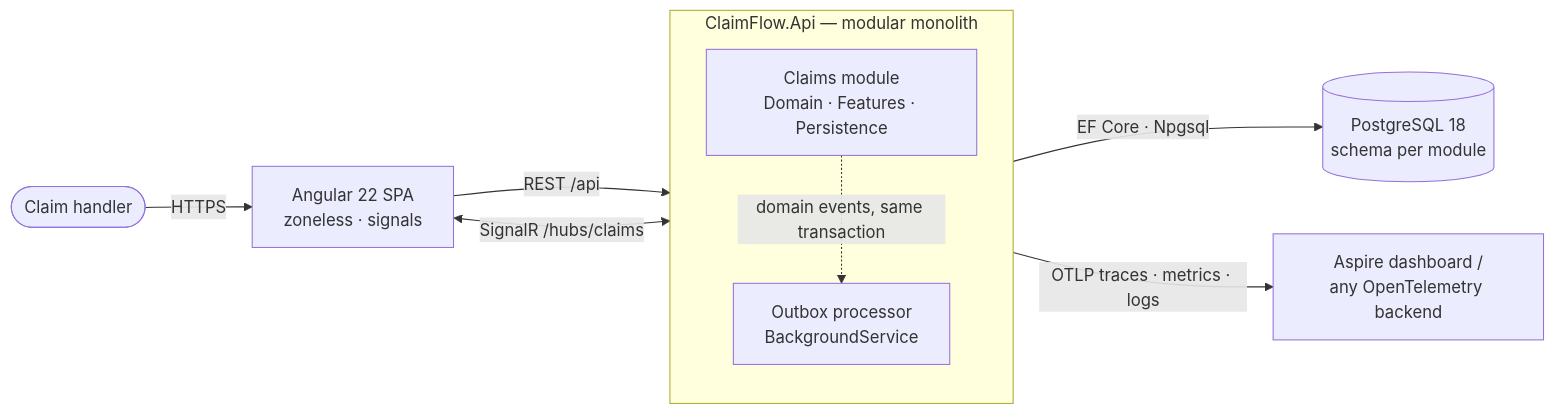
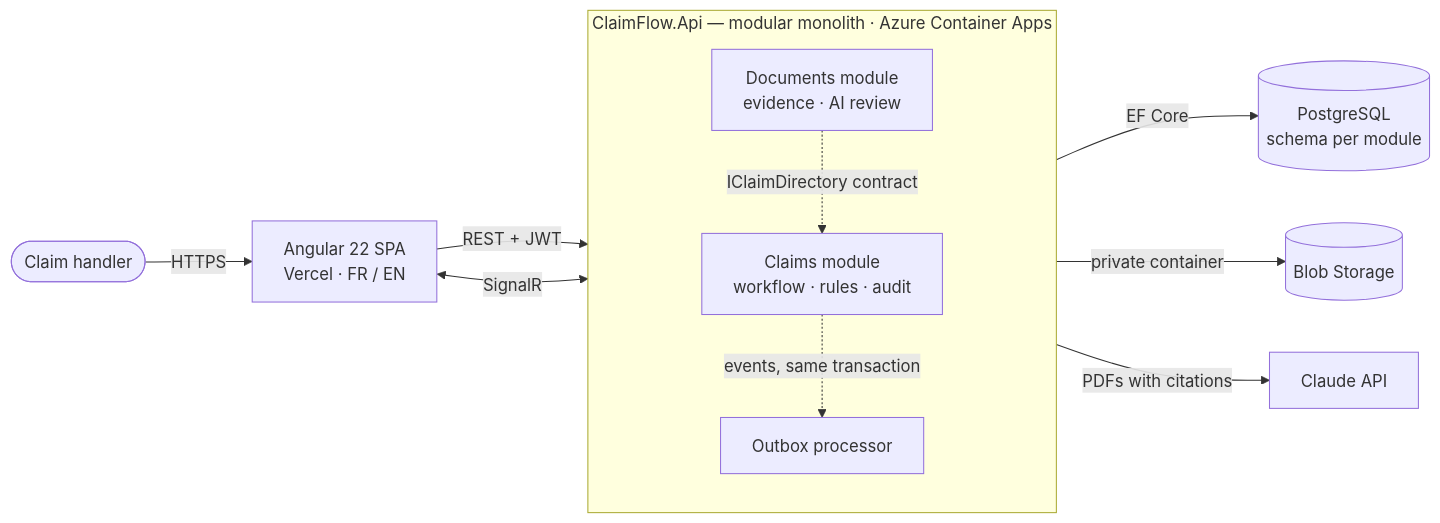
The first of 2 diagrams in README.md (JASSBR/claimflow), drawn with Mermaid before and after one commit. The commit also changed other lines of this file and 9 other files, not shown here.

First line of the commit message:
feat(deploy): deploy to Azure Container Apps and Vercel with CORS

````diff
--- a/README.md
+++ b/README.md
@@ -26,14 +53,17 @@
 ```mermaid
 flowchart LR
-    user([Claim handler]) -->|HTTPS| web[Angular 22 SPA<br/>zoneless · signals]
-    web -->|REST /api| api
-    web <-->|SignalR /hubs/claims| api
-    subgraph api[ClaimFlow.Api — modular monolith]
+    user([Claim handler]) -->|HTTPS| web[Angular 22 SPA<br/>Vercel · FR / EN]
+    web -->|REST + JWT| api
+    web <-->|SignalR| api
+    subgraph api[ClaimFlow.Api — modular monolith · Azure Container Apps]
         direction TB
-        claims[Claims module<br/>Domain · Features · Persistence]
-        outbox[Outbox processor<br/>BackgroundService]
-        claims -.->|domain events, same transaction| outbox
+        claims[Claims module<br/>workflow · rules · audit]
+        documents[Documents module<br/>evidence · AI review]
+        outbox[Outbox processor]
+        documents -.->|IClaimDirectory contract| claims
+        claims -.->|events, same transaction| outbox
     end
-    api -->|EF Core · Npgsql| db[(PostgreSQL 18<br/>schema per module)]
-    api -->|OTLP traces · metrics · logs| dash[Aspire dashboard /<br/>any OpenTelemetry backend]
+    api -->|EF Core| db[(PostgreSQL<br/>schema per module)]
+    api -->|private container| blob[(Blob Storage)]
+    api -->|PDFs with citations| llm[Claude API]
 ```
````
